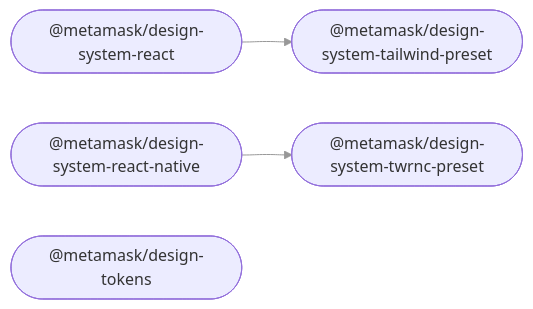
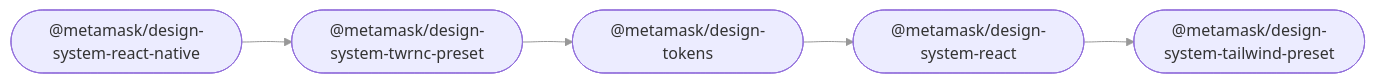
Before and after one commit to MetaMask/metamask-design-system: the diagram in README.md, drawn with Mermaid.

````diff
--- a/README.md
+++ b/README.md
@@ -23,12 +23,14 @@
 ```mermaid
 %%{ init: { 'flowchart': { 'curve': 'bumpX' } } }%%
 graph LR;
 linkStyle default opacity:0.5
   design_system_react(["@metamask/design-system-react"]);
   design_system_react_native(["@metamask/design-system-react-native"]);
   design_system_tailwind_preset(["@metamask/design-system-tailwind-preset"]);
   design_system_twrnc_preset(["@metamask/design-system-twrnc-preset"]);
   design_tokens(["@metamask/design-tokens"]);
   design_system_react --> design_system_tailwind_preset;
   design_system_react_native --> design_system_twrnc_preset;
+  design_system_twrnc_preset --> design_tokens;
+  design_tokens --> design_system_react;
 ```
````
